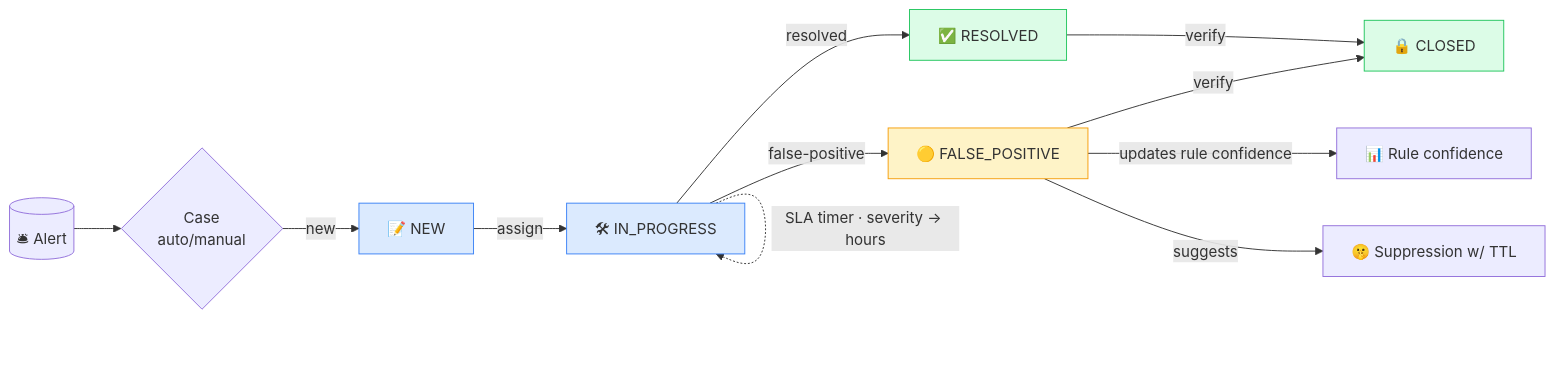
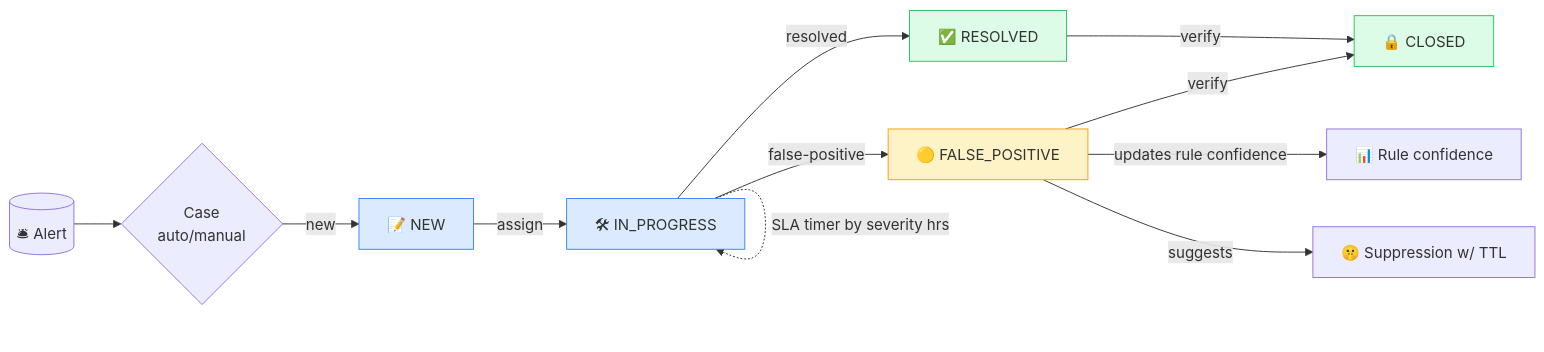
The tenth of 19 diagrams in README.md (omarbabba779xx/CyberTwin-SOC), drawn with Mermaid before and after one commit. The commit also changed other lines of this file, not shown here.

First line of the commit message:
docs(readme): fix Mermaid diagrams for GitHub rendering

````diff
--- a/README.md
+++ b/README.md
@@ -623,22 +625,22 @@
 ```mermaid
 flowchart LR
     AL[("🛎 Alert")] --> CA{Case<br/>auto/manual}
     CA -->|new| NEW["📝 NEW"]
     NEW -->|assign| IP["🛠 IN_PROGRESS"]
     IP -->|resolved| RES["✅ RESOLVED"]
     IP -->|false-positive| FP["🟡 FALSE_POSITIVE"]
     RES -->|verify| CL["🔒 CLOSED"]
     FP -->|verify| CL
 
     IP -. comment / evidence .-> IP
-    IP -. SLA timer · severity → hours .-> IP
+    IP -. SLA timer by severity hrs .-> IP
     FP -- updates rule confidence --> RULE["📊 Rule confidence"]
     FP -- suggests --> SUP["🤫 Suppression w/ TTL"]
 
     classDef state fill:#dbeafe,stroke:#3b82f6
     classDef done fill:#dcfce7,stroke:#22c55e
     classDef fp fill:#fef3c7,stroke:#f59e0b
     class NEW,IP state
     class RES,CL done
     class FP fp
 ```
````
